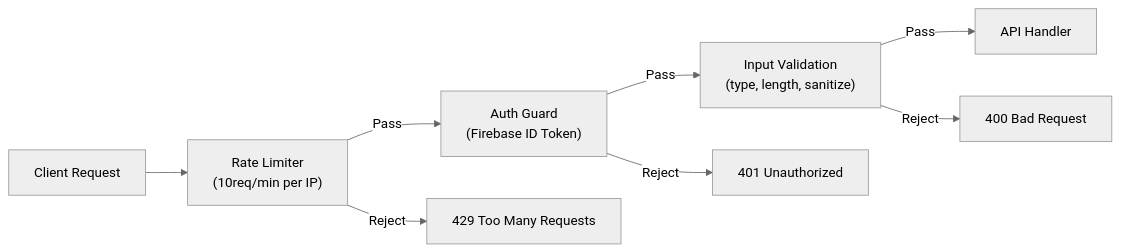
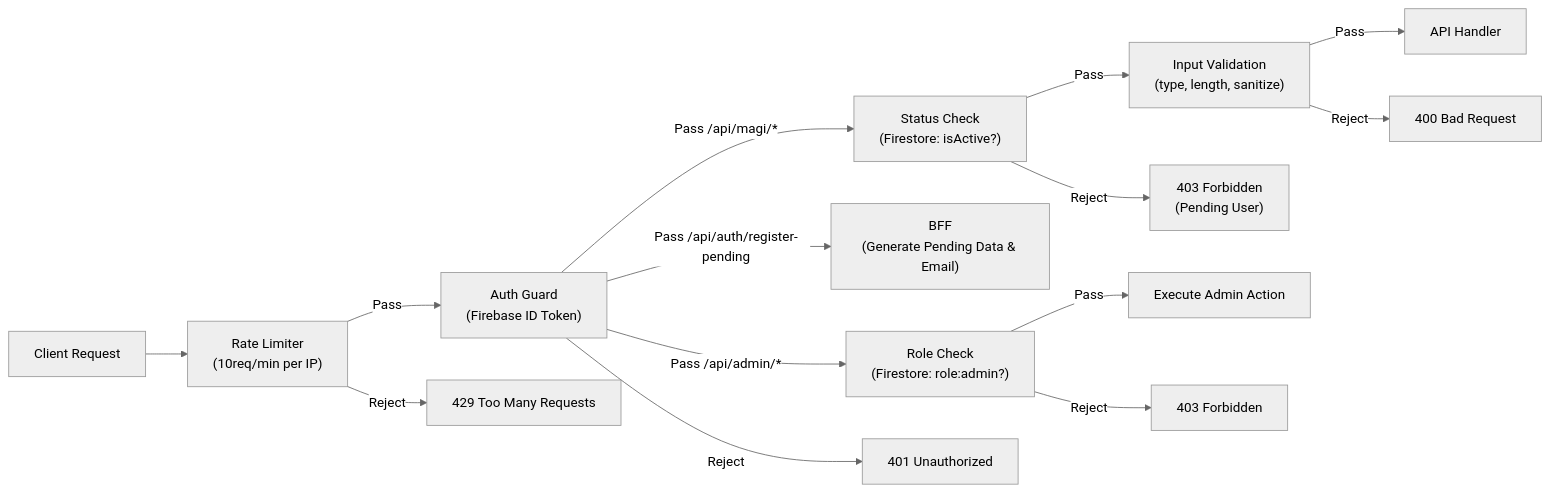
One commit to Kujo-n/maji-res changed the fifth of 5 diagrams in docs/design/architecture.md. Above: the diagram before and after it, drawn with Mermaid (neutral theme). The commit also changed other lines of this file and 4 other files, not shown here.

Commit message:
docs: update architecture, spec and add incident report

````diff
--- a/docs/design/architecture.md
+++ b/docs/design/architecture.md
@@ -190,10 +198,20 @@
 ```mermaid
 flowchart LR
     Req["Client Request"] --> RL["Rate Limiter<br/>(10req/min per IP)"]
     RL -->|Pass| Auth["Auth Guard<br/>(Firebase ID Token)"]
     RL -->|Reject| R429["429 Too Many Requests"]
-    Auth -->|Pass| Val["Input Validation<br/>(type, length, sanitize)"]
+    
+    Auth -->|Pass /api/magi/*| DBCheck["Status Check<br/>(Firestore: isActive?)"]
+    Auth -->|Pass /api/auth/register-pending| BFF["BFF<br/>(Generate Pending Data & Email)"]
+    Auth -->|Pass /api/admin/*| AdminCheck["Role Check<br/>(Firestore: role:admin?)"]
     Auth -->|Reject| R401["401 Unauthorized"]
+    
+    DBCheck -->|Pass| Val["Input Validation<br/>(type, length, sanitize)"]
+    DBCheck -->|Reject| R403["403 Forbidden<br/>(Pending User)"]
+    
+    AdminCheck -->|Pass| AdminAPI["Execute Admin Action"]
+    AdminCheck -->|Reject| R403Admin["403 Forbidden"]
+    
     Val -->|Pass| API["API Handler"]
     Val -->|Reject| R400["400 Bad Request"]
 ```
````
